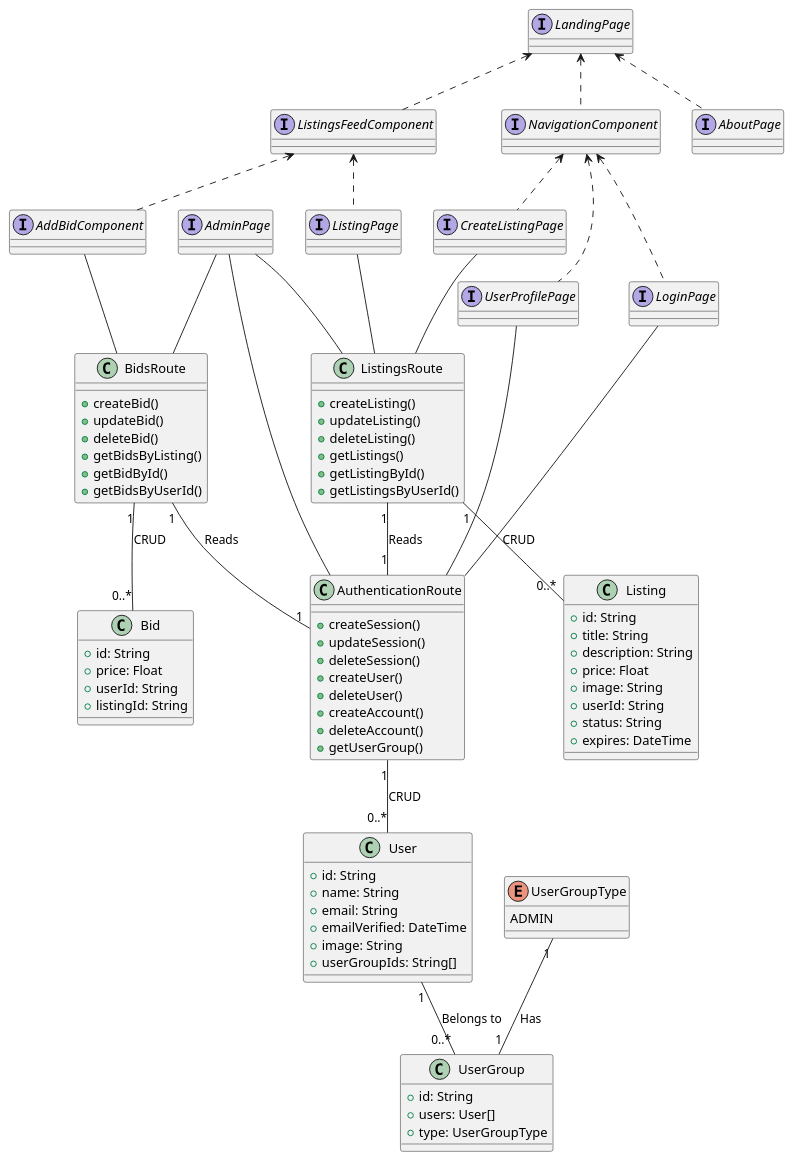
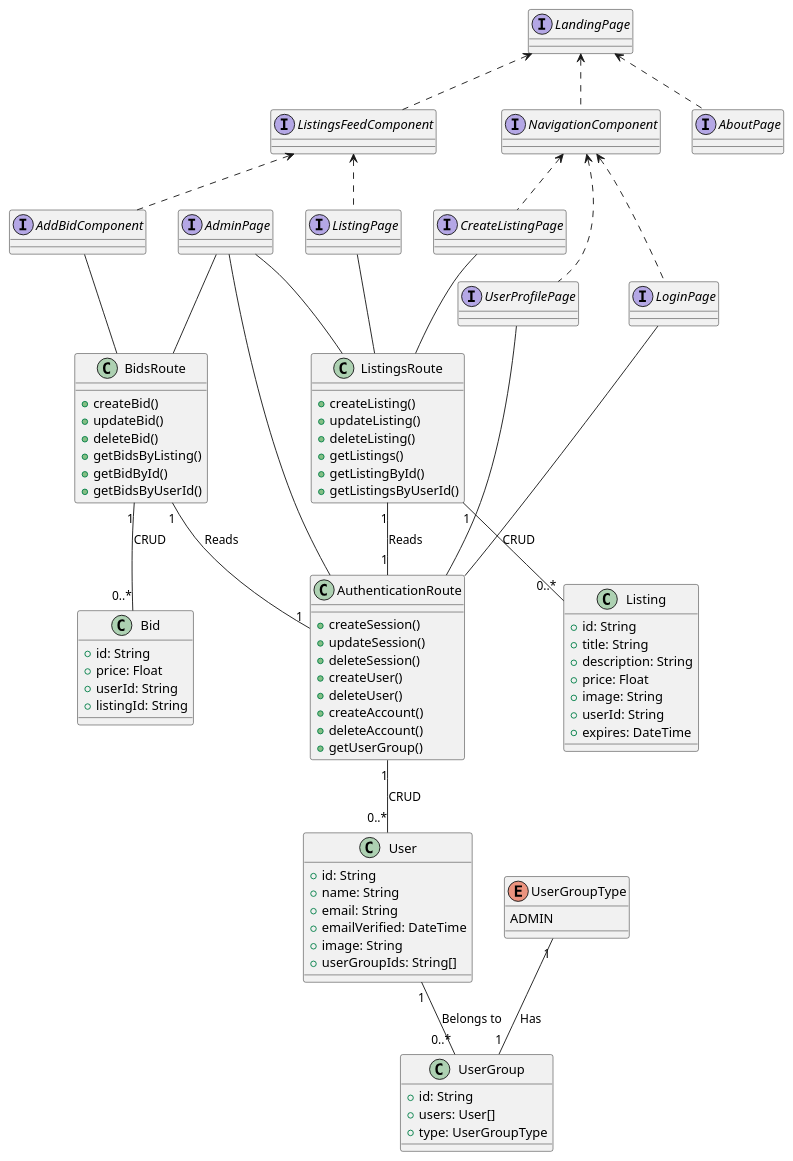
One commit to martinmiglio/CS471-Project changed the diagram in uml/class_diagram.puml. Above: the diagram before and after it, drawn with PlantUML.

Commit message:
remove status property from listing class

```diff
--- a/uml/class_diagram.puml
+++ b/uml/class_diagram.puml
@@ -1,149 +1,149 @@
 @startuml ClassDiagram
 
 ' class Account {
 '   +id: String
 '   +userId: String
 '   +type: String
 '   +provider: String
 '   +providerAccountId: String
 '   +refresh_token: String
 '   +access_token: String
 '   +expires_at: Int
 '   +token_type: String
 '   +scope: String
 '   +id_token: String
 '   +session_state: String
 ' }
 
 ' class Session {
 '   +id: String
 '   +sessionToken: String
 '   +userId: String
 '   +expires: DateTime
 ' }
 
 class User {
   +id: String
   +name: String
   +email: String
   +emailVerified: DateTime
   +image: String
   +userGroupIds: String[]
 }
 
 class Listing {
   +id: String
   +title: String
   +description: String
   +price: Float
   +image: String
   +userId: String
-  +status: String
+'   +status: String
   +expires: DateTime
 }
 
 class Bid {
   +id: String
   +price: Float
   +userId: String
   +listingId: String
 }
 enum UserGroupType {
   ADMIN
 }
 
 class UserGroup {
   +id: String
   +users: User[]
   +type: UserGroupType
 }
 
 ' associations between entities
 UserGroupType "1" -- "1" UserGroup : Has
 ' User "1" -- "0..*" Session : Logs in
 ' User "1" -- "1..*" Account : Has
 User "1" -- "0..*" UserGroup : Belongs to
 
 
 
 class ListingsRoute {
   +createListing()
   +updateListing()
   +deleteListing()
   +getListings()
   +getListingById()
   +getListingsByUserId()
 }
 
 class AuthenticationRoute {
   +createSession()
   +updateSession()
   +deleteSession()
   +createUser()
   +deleteUser()
   +createAccount()
   +deleteAccount()
   +getUserGroup()
 }
 
 class BidsRoute {
   +createBid()
   +updateBid()
   +deleteBid()
   +getBidsByListing()
   +getBidById()
   +getBidsByUserId()
 }
 
 ' associations between routes and entities
 ' AuthenticationRoute "1" -- "0..*" Session : CRUD
 AuthenticationRoute "1" -- "0..*" User : CRUD
 ' AuthenticationRoute "1" -- "0..*" Account : CRUD
 
 ListingsRoute "1" -- "0..*" Listing : CRUD
 ListingsRoute "1" -- "1" AuthenticationRoute : Reads
 
 BidsRoute "1" -- "0..*" Bid : CRUD
 BidsRoute "1" -- "1" AuthenticationRoute : Reads
 
 
 interface LandingPage
 interface AboutPage
 interface LoginPage
 interface ListingPage
 interface CreateListingPage
 interface UserProfilePage
 interface AdminPage
 interface NavigationComponent
 interface ListingsFeedComponent
 interface AddBidComponent
 
 
 ' dependency graph of pages and components
 LandingPage <.. AboutPage
 LandingPage <.. NavigationComponent
 LandingPage <.. ListingsFeedComponent
 
 NavigationComponent <.. LoginPage
 NavigationComponent <.. CreateListingPage
 NavigationComponent <.. UserProfilePage
 
 ListingsFeedComponent <.. AddBidComponent
 ListingsFeedComponent <.. ListingPage
 
 
 ' these are the routes that the pages and components are connected to
 ' these connections im unsure of how to represent
 LoginPage -- AuthenticationRoute
 ListingPage -- ListingsRoute
 CreateListingPage -- ListingsRoute
 UserProfilePage -- AuthenticationRoute
 AdminPage -- AuthenticationRoute
 AdminPage -- ListingsRoute
 AdminPage -- BidsRoute
 AddBidComponent -- BidsRoute
 
 
 
 
 @enduml
```
